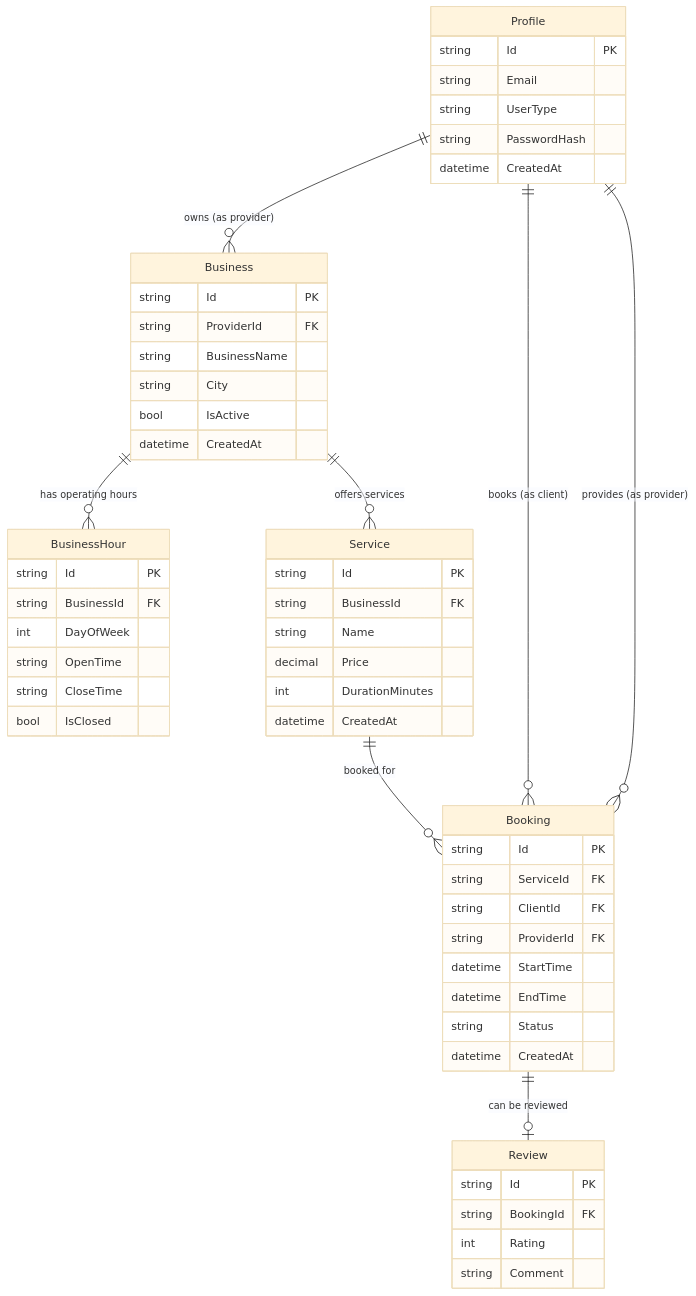
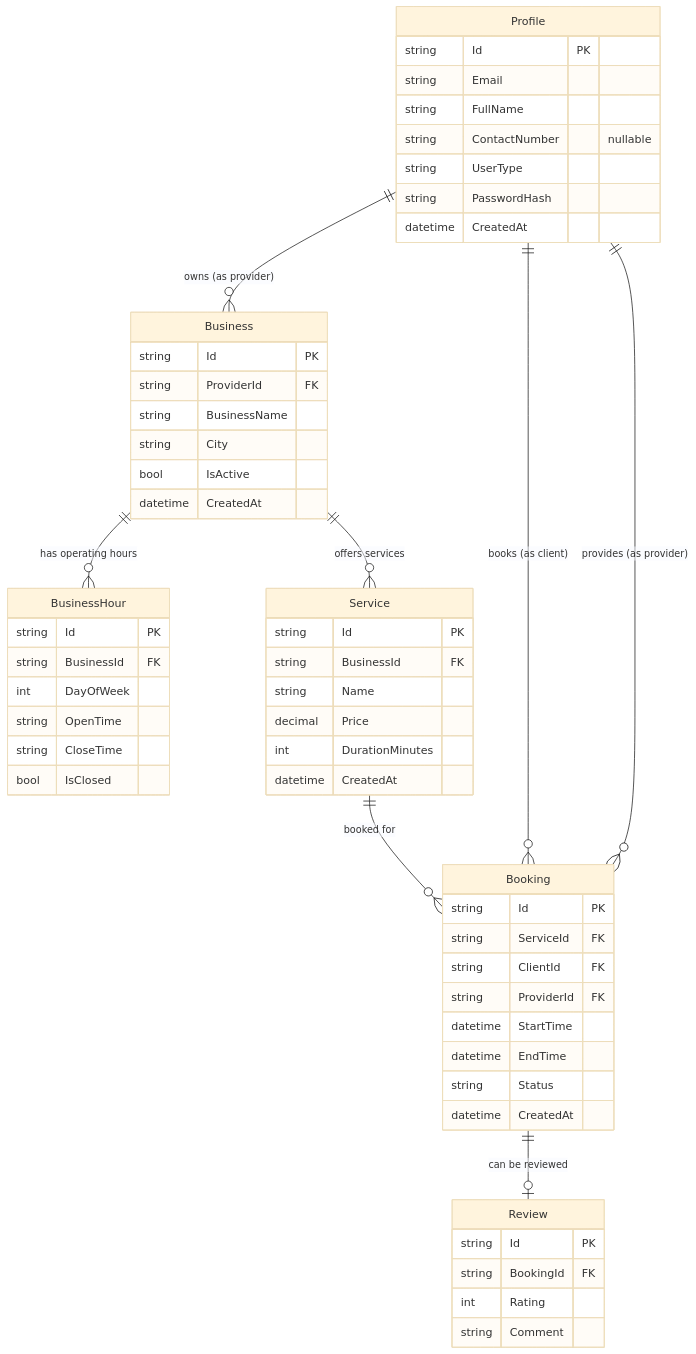
The diagram in BookSpot-ERD.md (Solifas/BookSpotApi), drawn with Mermaid (base theme) before and after one commit. The commit also changed other lines of this file and 63 other files, not shown here.

````diff
--- a/BookSpot-ERD.md
+++ b/BookSpot-ERD.md
@@ -7,64 +7,66 @@
 ```mermaid
 erDiagram
     Profile {
         string Id PK
         string Email
+        string FullName
+        string ContactNumber "nullable"
         string UserType
         string PasswordHash
         datetime CreatedAt
     }
     
     Business {
         string Id PK
         string ProviderId FK
         string BusinessName
         string City
         bool IsActive
         datetime CreatedAt
     }
     
     BusinessHour {
         string Id PK
         string BusinessId FK
         int DayOfWeek
         string OpenTime
         string CloseTime
         bool IsClosed
     }
     
     Service {
         string Id PK
         string BusinessId FK
         string Name
         decimal Price
         int DurationMinutes
         datetime CreatedAt
     }
     
     Booking {
         string Id PK
         string ServiceId FK
         string ClientId FK
         string ProviderId FK
         datetime StartTime
         datetime EndTime
         string Status
         datetime CreatedAt
     }
     
     Review {
         string Id PK
         string BookingId FK
         int Rating
         string Comment
     }
 
     %% Relationships
     Profile ||--o{ Business : "owns (as provider)"
     Business ||--o{ BusinessHour : "has operating hours"
     Business ||--o{ Service : "offers services"
     Service ||--o{ Booking : "booked for"
     Profile ||--o{ Booking : "books (as client)"
     Profile ||--o{ Booking : "provides (as provider)"
     Booking ||--o| Review : "can be reviewed"
 ```
````
